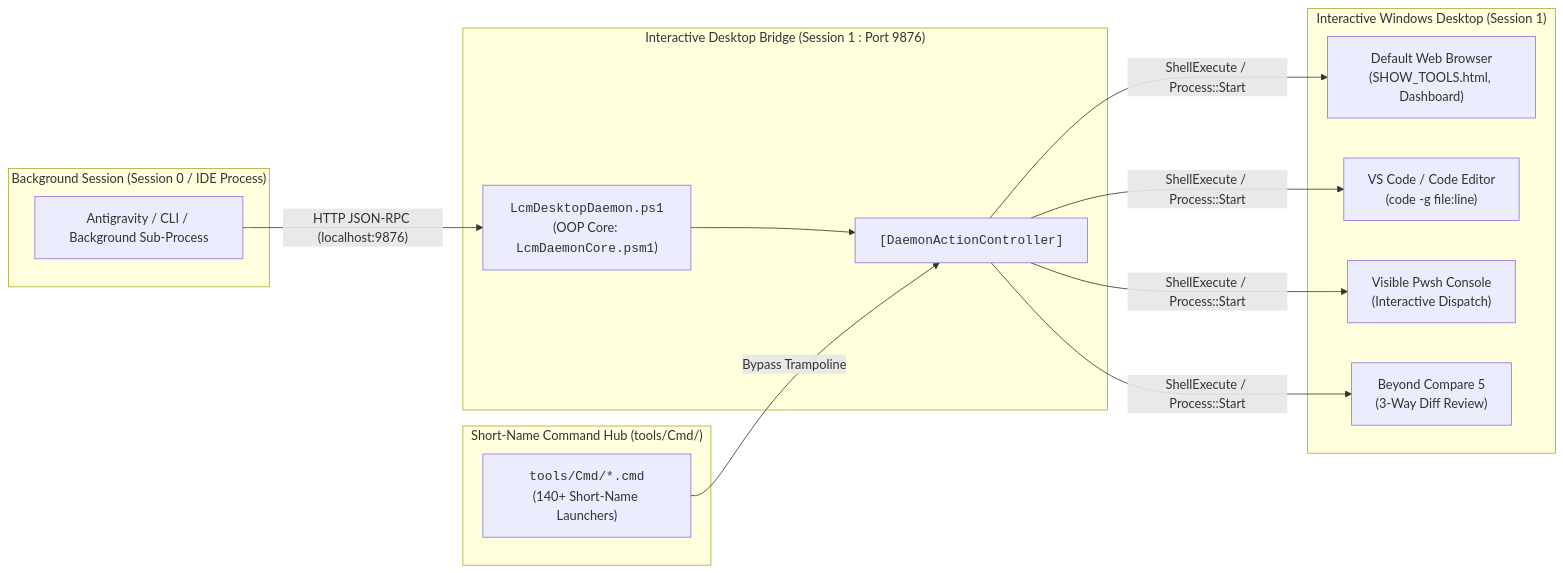
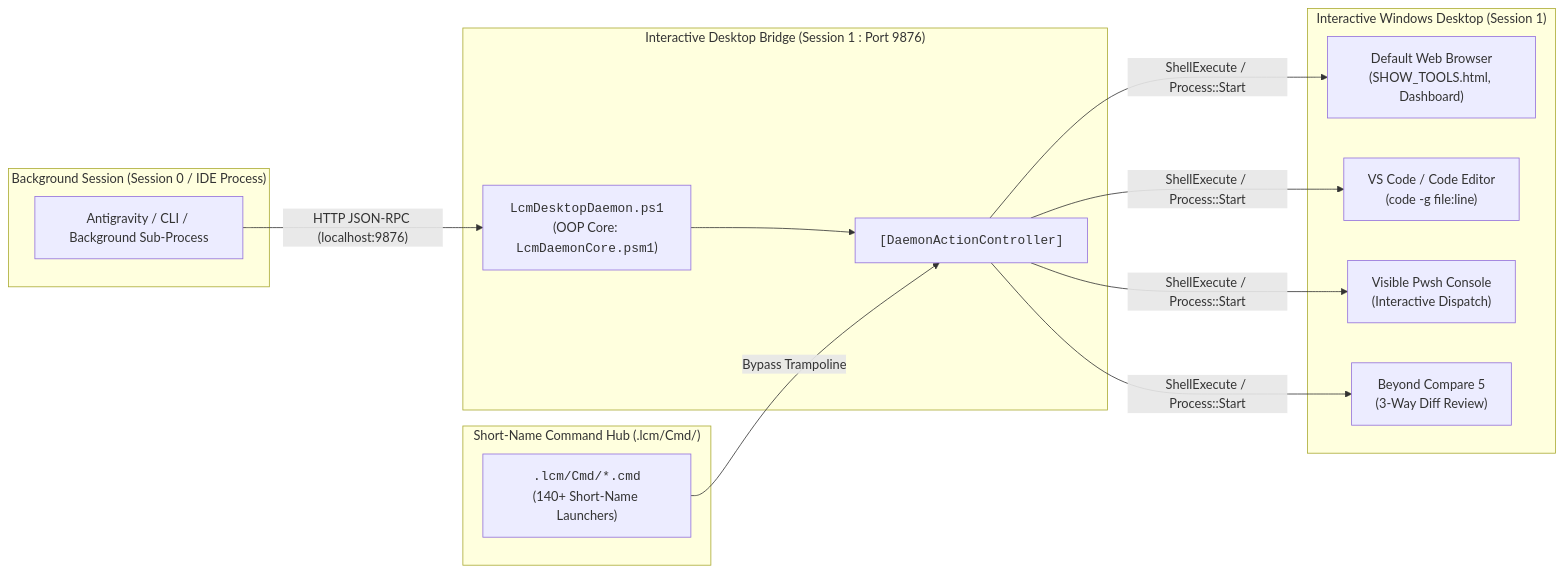
One commit to rgbigel/Workspace_AI changed the fourth of 5 diagrams in docs/Architecture.md. Above: the diagram before and after it, drawn with Mermaid. The commit also changed other lines of this file and 9 other files, not shown here.

````diff
--- a/docs/Architecture.md
+++ b/docs/Architecture.md
@@ -199,27 +199,27 @@
 ```mermaid
 graph LR
     subgraph AgentWorker ["Background Session (Session 0 / IDE Process)"]
         Agent["Antigravity / CLI / Background Sub-Process"]
     end
 
     subgraph DesktopDaemon ["Interactive Desktop Bridge (Session 1 : Port 9876)"]
         Daemon["<code>LcmDesktopDaemon.ps1</code><br/>(OOP Core: <code>LcmDaemonCore.psm1</code>)"]
         Controller["<code>[DaemonActionController]</code>"]
         Daemon --> Controller
     end
 
     subgraph InteractiveDesktop ["Interactive Windows Desktop (Session 1)"]
         Browser["Default Web Browser<br/>(SHOW_TOOLS.html, Dashboard)"]
         VSCode["VS Code / Code Editor<br/>(code -g file:line)"]
         Console["Visible Pwsh Console<br/>(Interactive Dispatch)"]
         BC["Beyond Compare 5<br/>(3-Way Diff Review)"]
     end
 
-    subgraph CommandHub ["Short-Name Command Hub (tools/Cmd/)"]
-        Cmds["<code>tools/Cmd/*.cmd</code><br/>(140+ Short-Name Launchers)"]
+    subgraph CommandHub ["Short-Name Command Hub (.lcm/Cmd/)"]
+        Cmds["<code>.lcm/Cmd/*.cmd</code><br/>(140+ Short-Name Launchers)"]
     end
 
     Agent -->|"HTTP JSON-RPC (localhost:9876)"| Daemon
     Controller -->|"ShellExecute / Process::Start"| Browser & VSCode & Console & BC
     Cmds -->|"Bypass Trampoline"| Controller
 ```
````
